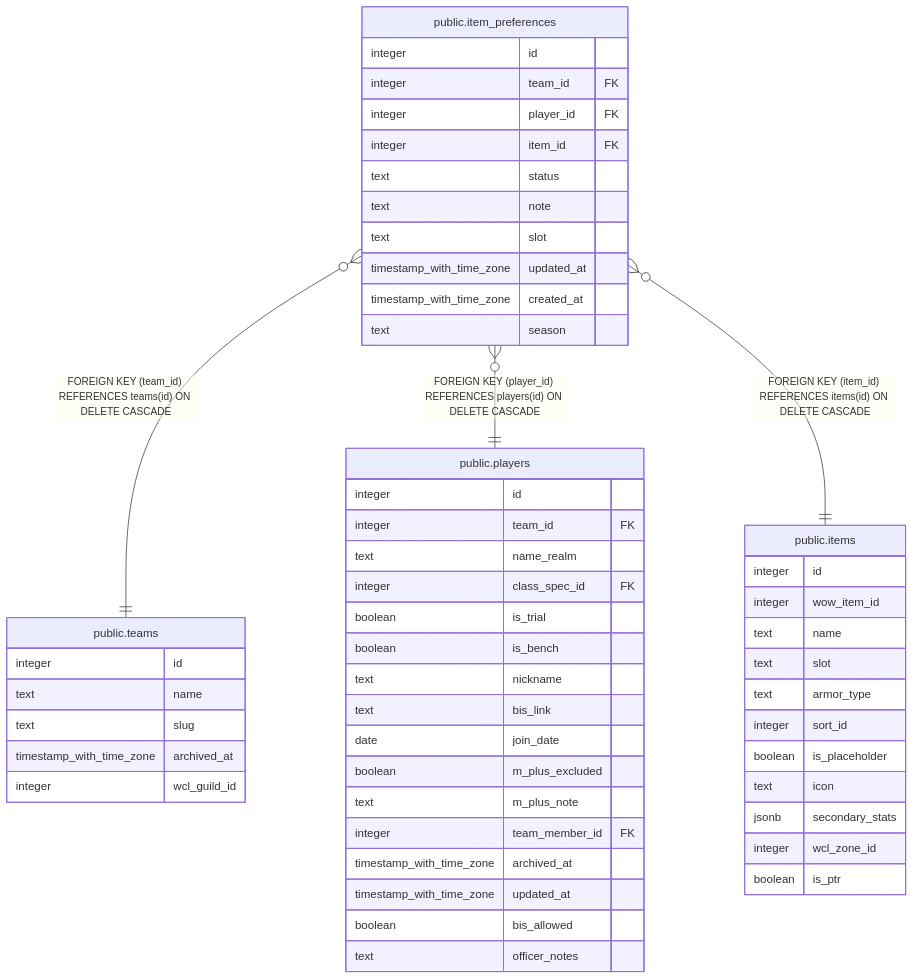
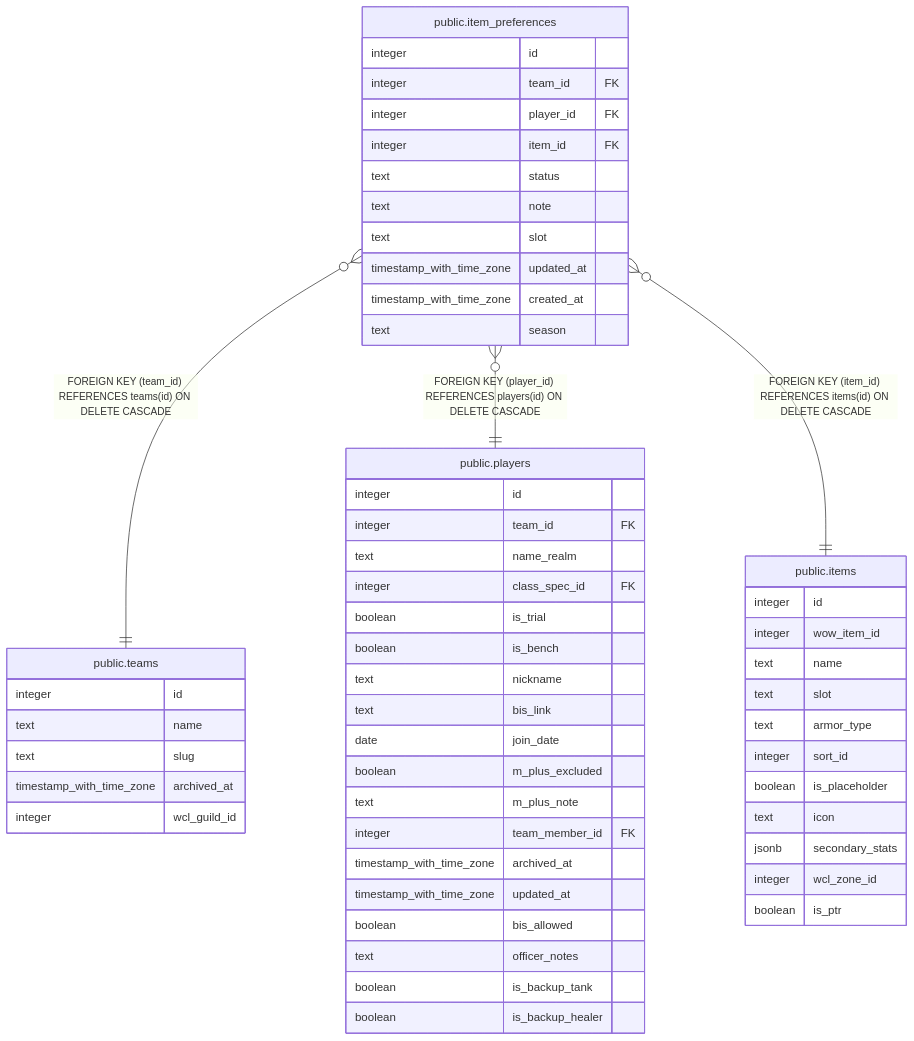
The diagram in dbdoc/public.item_preferences.md (katogaming88/Phoenix-Roster), drawn with Mermaid before and after one commit. The commit also changed 36 other files, not shown here.

First line of the commit message:
Add designated Backup Tank / Backup Healer roster flags (#593)

````diff
--- a/dbdoc/public.item_preferences.md
+++ b/dbdoc/public.item_preferences.md
@@ -44,58 +44,60 @@
 ```mermaid
 erDiagram
 
 "public.item_preferences" }o--|| "public.teams" : "FOREIGN KEY (team_id) REFERENCES teams(id) ON DELETE CASCADE"
 "public.item_preferences" }o--|| "public.players" : "FOREIGN KEY (player_id) REFERENCES players(id) ON DELETE CASCADE"
 "public.item_preferences" }o--|| "public.items" : "FOREIGN KEY (item_id) REFERENCES items(id) ON DELETE CASCADE"
 
 "public.item_preferences" {
   integer id
   integer team_id FK
   integer player_id FK
   integer item_id FK
   text status
   text note
   text slot
   timestamp_with_time_zone updated_at
   timestamp_with_time_zone created_at
   text season
 }
 "public.teams" {
   integer id
   text name
   text slug
   timestamp_with_time_zone archived_at
   integer wcl_guild_id
 }
 "public.players" {
   integer id
   integer team_id FK
   text name_realm
   integer class_spec_id FK
   boolean is_trial
   boolean is_bench
   text nickname
   text bis_link
   date join_date
   boolean m_plus_excluded
   text m_plus_note
   integer team_member_id FK
   timestamp_with_time_zone archived_at
   timestamp_with_time_zone updated_at
   boolean bis_allowed
   text officer_notes
+  boolean is_backup_tank
+  boolean is_backup_healer
 }
 "public.items" {
   integer id
   integer wow_item_id
   text name
   text slot
   text armor_type
   integer sort_id
   boolean is_placeholder
   text icon
   jsonb secondary_stats
   integer wcl_zone_id
   boolean is_ptr
 }
 ```
````
